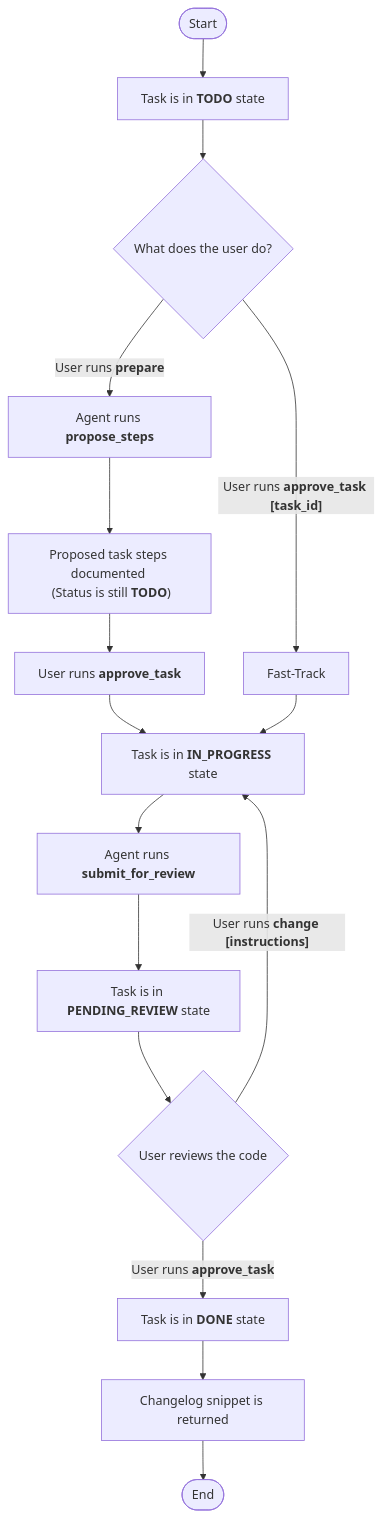
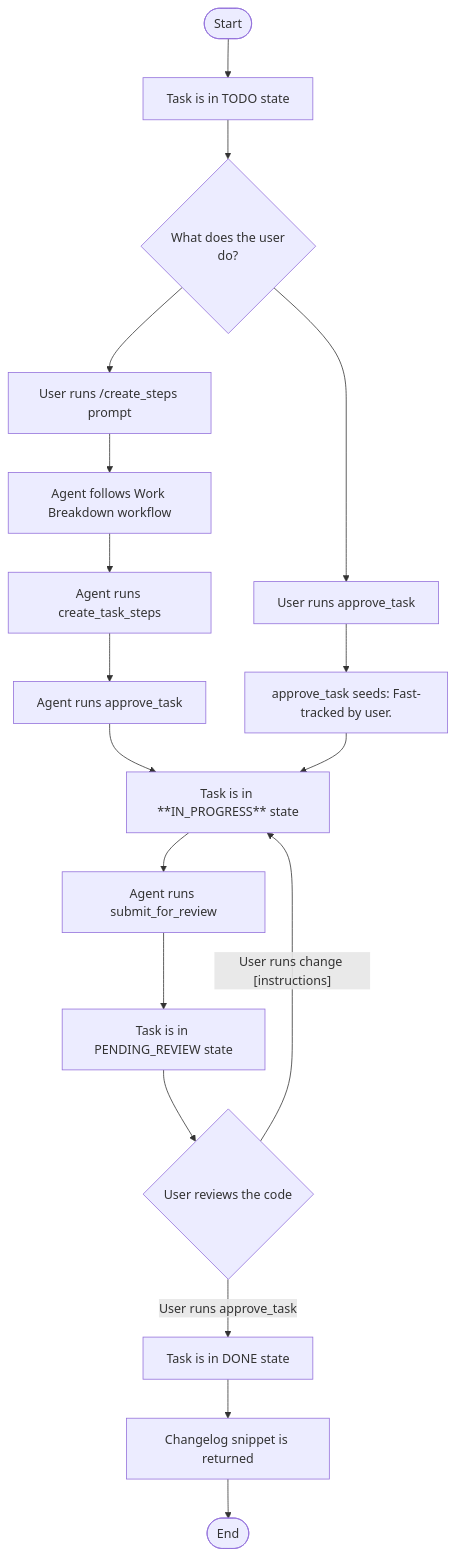
The third of 3 diagrams in docs/project_workflow.md (sgrade/plan-manager), drawn with Mermaid before and after one commit. The commit also changed other lines of this file and 3 other files, not shown here.

Commit message:
refactor: align task pre-execution workflow with assisted children creation

````diff
--- a/docs/project_workflow.md
+++ b/docs/project_workflow.md
@@ -53,25 +69,26 @@
 ```mermaid
 graph TD
-    A([Start]) --> B[Task is in <strong>TODO</strong> state];
-    B --> C{What does the user do?};
+    A([Start]) --> B[Task is in TODO state];
+    B --> C{What does the user<br/>do?};
     
-    C -- User runs <strong>prepare</strong> --> D[Agent runs <strong>propose_steps</strong>];
-    D --> E["Proposed task steps documented <br> (Status is still <strong>TODO</strong>)"];
-    E --> F["User runs <strong>approve_task</strong>"];
+    C --> D[User runs /create_steps prompt];
+    C --> H[User runs approve_task] --> I[approve_task seeds: Fast-tracked by user.];
+    D --> E["Agent follows Work Breakdown workflow"];
+    E --> F["Agent runs create_task_steps"];
+    F --> G["Agent runs approve_task"];
+        
     
-    C -- User runs <strong>approve_task [task_id]</strong> --> G[Fast-Track];
+    G --> J[Task is in **IN_PROGRESS** state];
+    I --> J;
     
-    F --> H[Task is in <strong>IN_PROGRESS</strong> state];
-    G --> H;
+    J --> K["Agent runs submit_for_review"];
+    K --> L[Task is in PENDING_REVIEW state];
     
-    H --> I["Agent runs <strong>submit_for_review</strong>"];
-    I --> J[Task is in <strong>PENDING_REVIEW</strong> state];
+    L --> M{User reviews the code};
+    M -- User runs approve_task --> N[Task is in DONE state];
+    M -- User runs change [instructions] --> J;
     
-    J --> K{User reviews the code};
-    K -- User runs <strong>approve_task</strong> --> L[Task is in <strong>DONE</strong> state];
-    K -- User runs <strong>change [instructions]</strong> --> H;
-    
-    L --> L2["Changelog snippet is returned"];
-    L2 --> M([End]);
+    N --> N2["Changelog snippet is returned"];
+    N2 --> O([End]);
 
 ```
````
